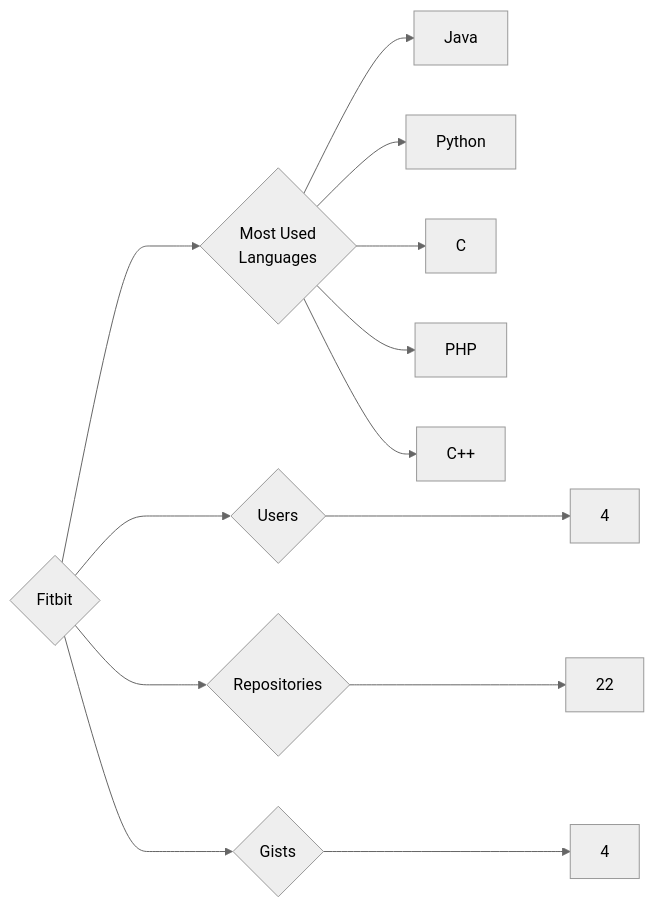
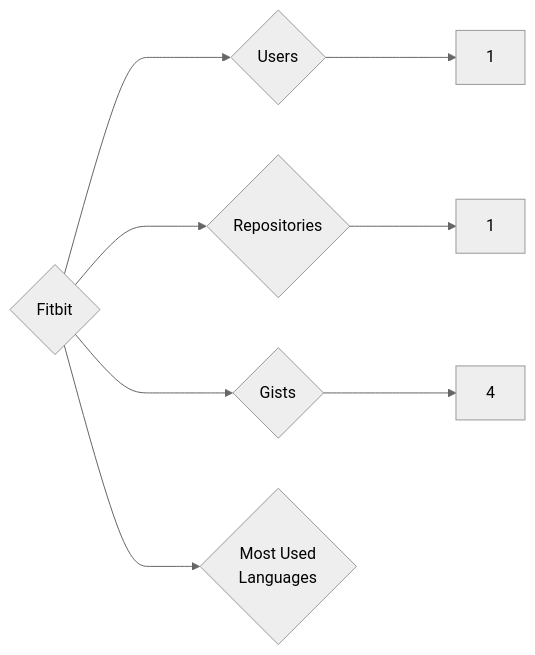
The diagram in targets/Fitbit/README.md (trickest/insiders), drawn with Mermaid (neutral theme) before and after one commit. The commit also changed 618 other files, not shown here.

````diff
--- a/targets/Fitbit/README.md
+++ b/targets/Fitbit/README.md
@@ -3,13 +3,8 @@
 ```mermaid
 graph LR
 COMPANY_NAME{Fitbit}
-COMPANY_NAME ---> U{Users} ---> UN[4]
-COMPANY_NAME ---> R{Repositories} ---> RN[22]
+COMPANY_NAME ---> U{Users} ---> UN[1]
+COMPANY_NAME ---> R{Repositories} ---> RN[1]
 COMPANY_NAME ---> G{Gists} ---> GN[4]
 COMPANY_NAME ---> ML{Most Used<br>Languages}
-ML --> Java[Java]
-ML --> Python[Python]
-ML --> C[C]
-ML --> PHP[PHP]
-ML --> C++[C++]
 ```
````
